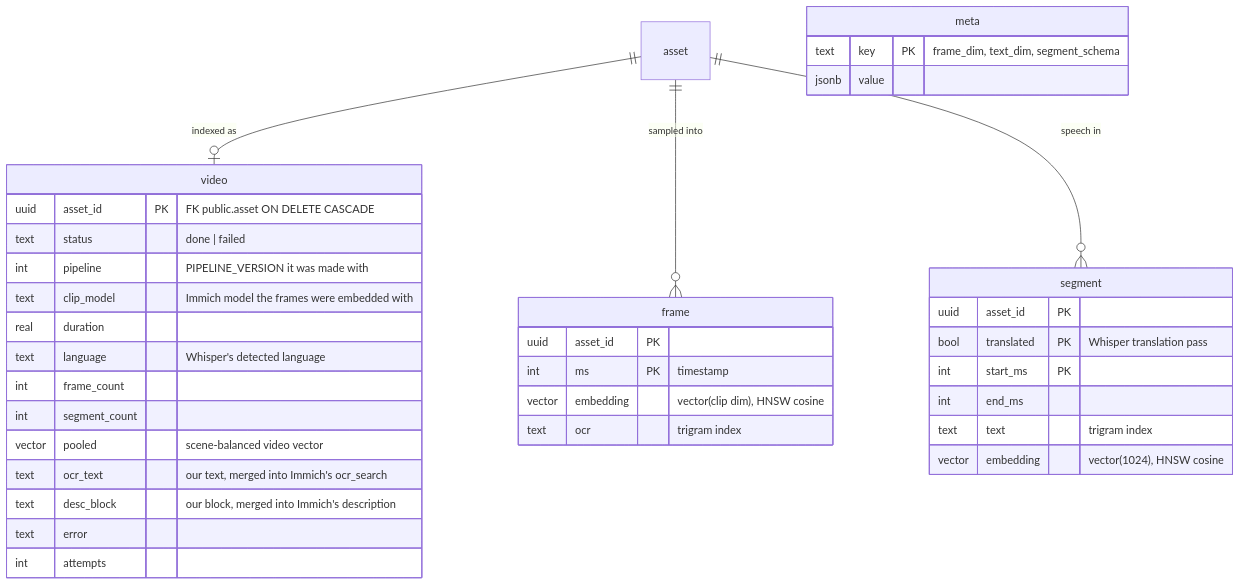
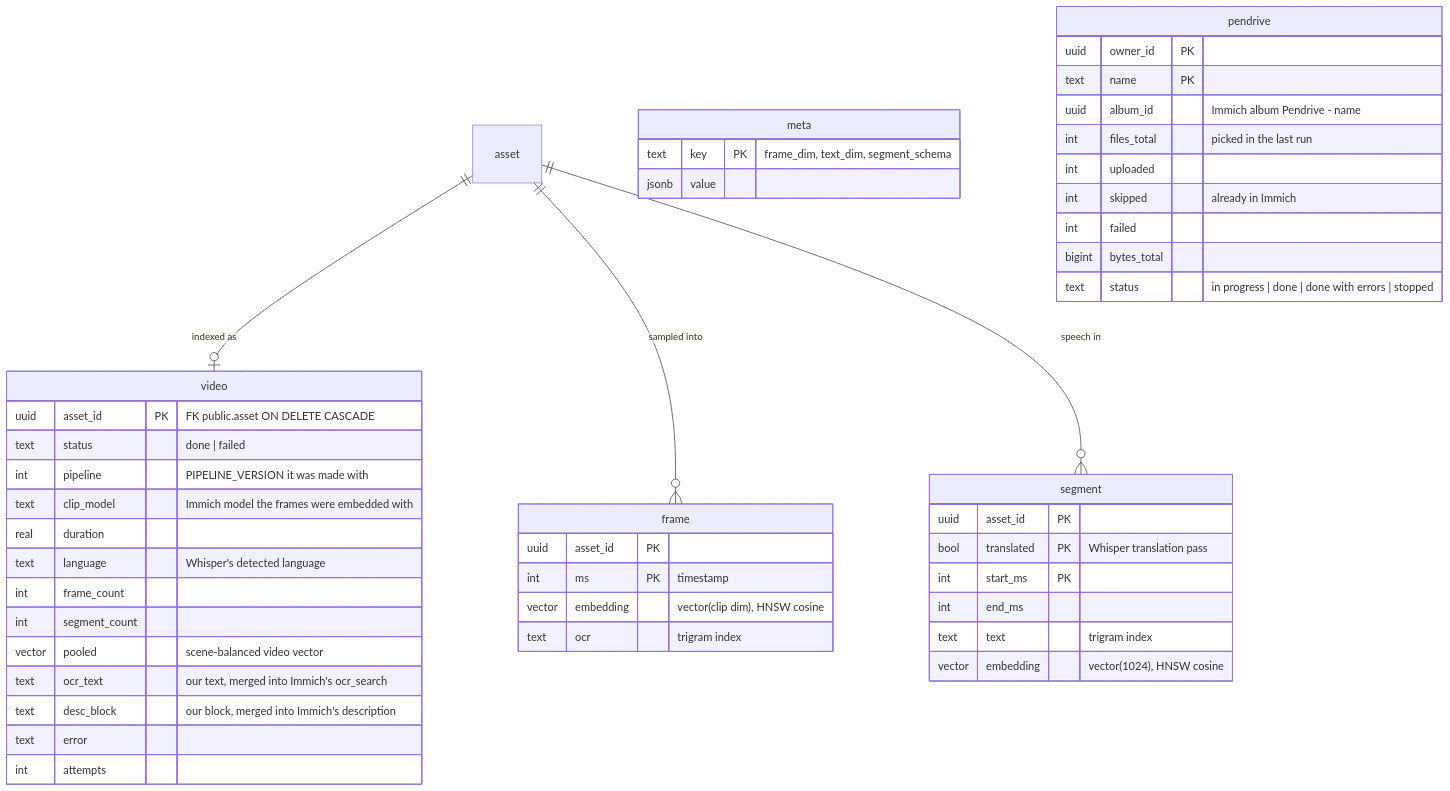
One commit to atharva80/kshan changed the third of 4 diagrams in docs/architecture.md. Above: the diagram before and after it, drawn with Mermaid. The commit also changed other lines of this file and 14 other files, not shown here.

First line of the commit message:
Search inside videos from Immich's own search bar; phone-only pendrive uploads

````diff
--- a/docs/architecture.md
+++ b/docs/architecture.md
@@ -155,39 +157,50 @@
 ```mermaid
 erDiagram
     asset ||--o| video : "indexed as"
     asset ||--o{ frame : "sampled into"
     asset ||--o{ segment : "speech in"
     video {
         uuid asset_id PK "FK public.asset ON DELETE CASCADE"
         text status "done | failed"
         int pipeline "PIPELINE_VERSION it was made with"
         text clip_model "Immich model the frames were embedded with"
         real duration
         text language "Whisper's detected language"
         int frame_count
         int segment_count
         vector pooled "scene-balanced video vector"
         text ocr_text "our text, merged into Immich's ocr_search"
         text desc_block "our block, merged into Immich's description"
         text error
         int attempts
     }
     frame {
         uuid asset_id PK
         int ms PK "timestamp"
         vector embedding "vector(clip dim), HNSW cosine"
         text ocr "trigram index"
     }
     segment {
         uuid asset_id PK
         bool translated PK "Whisper translation pass"
         int start_ms PK
         int end_ms
         text text "trigram index"
         vector embedding "vector(1024), HNSW cosine"
     }
     meta {
         text key PK "frame_dim, text_dim, segment_schema"
         jsonb value
     }
+    pendrive {
+        uuid owner_id PK
+        text name PK
+        uuid album_id "Immich album Pendrive - name"
+        int files_total "picked in the last run"
+        int uploaded
+        int skipped "already in Immich"
+        int failed
+        bigint bytes_total
+        text status "in progress | done | done with errors | stopped"
+    }
 ```
````
